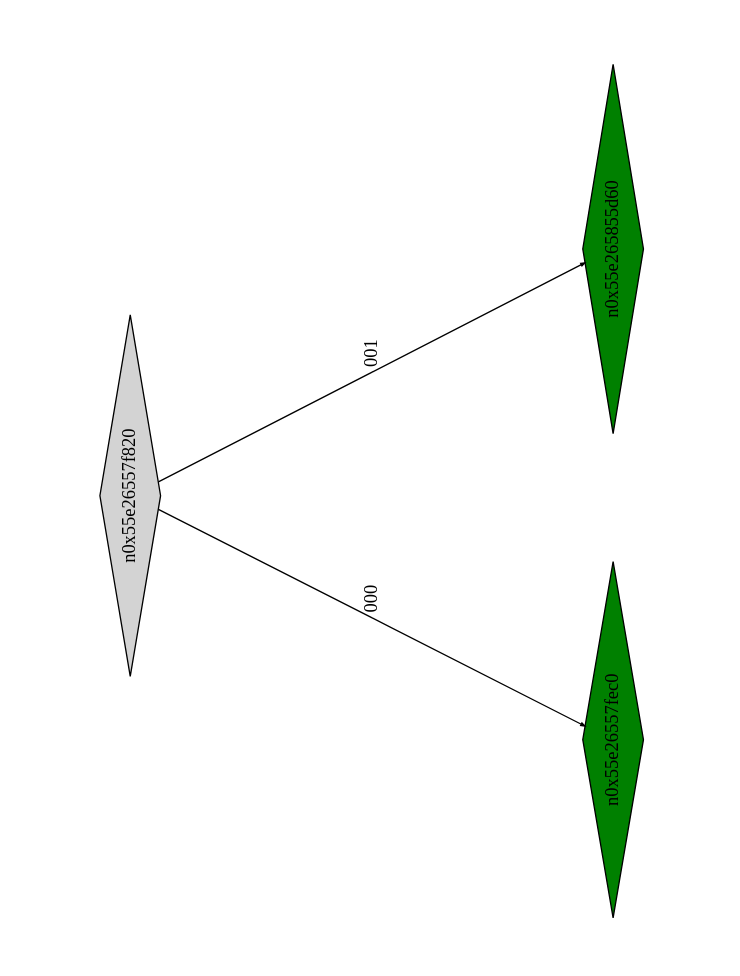
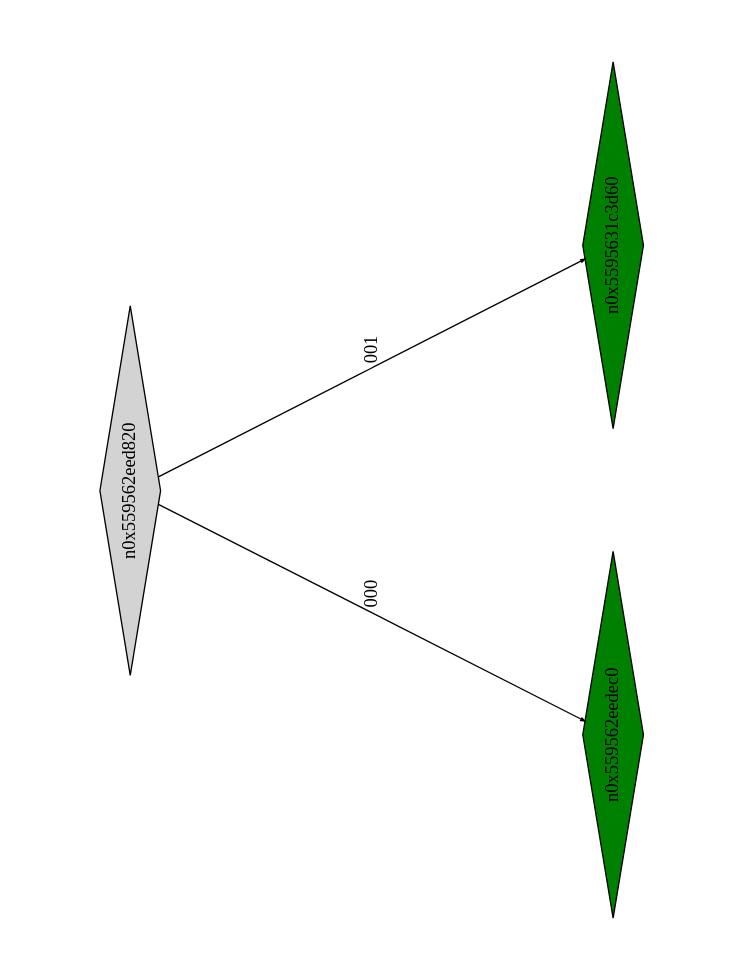
One commit to Research-Tools-PAVT/PSE-Program-Examples changed the diagram in example2_klee_out/ptree_00000102.dot. Above: the diagram before and after it, drawn with Graphviz. The commit also changed 41 other files, not shown here.

```diff
--- a/example2_klee_out/ptree_00000102.dot
+++ b/example2_klee_out/ptree_00000102.dot
@@ -1,13 +1,13 @@
 digraph G {
 	size="10,7.5";
 	ratio=fill;
 	rotate=90;
 	center = "true";
 	node [style="filled",width=.1,height=.1,fontname="Terminus"]
 	edge [arrowsize=.3]
-	n0x55e26557f820 [shape=diamond];
-	n0x55e26557f820 -> n0x55e26557fec0 [label=000];
-	n0x55e26557f820 -> n0x55e265855d60 [label=001];
-	n0x55e265855d60 [shape=diamond,fillcolor=green];
-	n0x55e26557fec0 [shape=diamond,fillcolor=green];
+	n0x559562eed820 [shape=diamond];
+	n0x559562eed820 -> n0x559562eedec0 [label=000];
+	n0x559562eed820 -> n0x5595631c3d60 [label=001];
+	n0x5595631c3d60 [shape=diamond,fillcolor=green];
+	n0x559562eedec0 [shape=diamond,fillcolor=green];
 }
```
